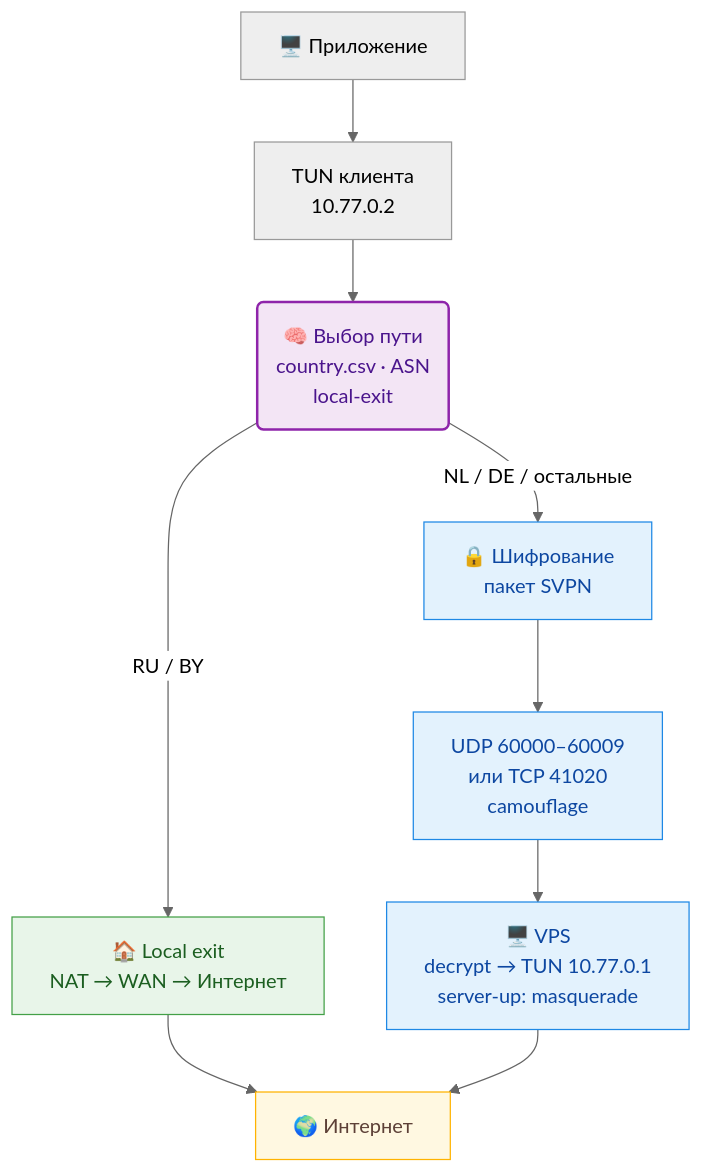
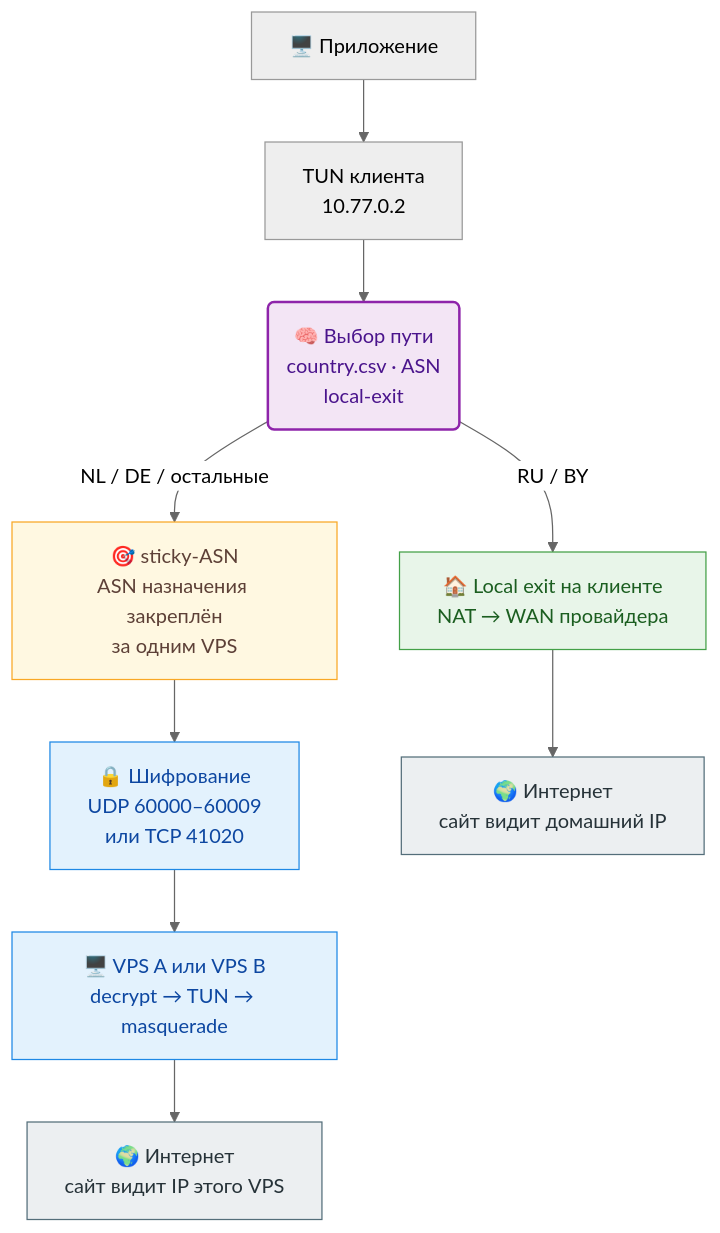
The diagram in README.md (vadv/svpn), drawn with Mermaid (neutral theme) before and after one commit. The commit also changed other lines of this file and 1 other file, not shown here.

````diff
--- a/README.md
+++ b/README.md
@@ -23,19 +214,21 @@
 ```mermaid
 flowchart TD
     app["🖥️ Приложение"] --> tun["TUN клиента<br/>10.77.0.2"]
     tun --> brain("🧠 Выбор пути<br/>country.csv · ASN<br/>local-exit")
-    brain -->|"RU / BY"| local["🏠 Local exit<br/>NAT → WAN → Интернет"]
-    brain -->|"NL / DE / остальные"| enc["🔒 Шифрование<br/>пакет SVPN"]
-    enc --> udp["UDP 60000–60009<br/>или TCP 41020<br/>camouflage"]
-    udp --> vps["🖥️ VPS<br/>decrypt → TUN 10.77.0.1<br/>server-up: masquerade"]
-    local --> net["🌍 Интернет"]
-    vps --> net
+    brain -->|"RU / BY"| local["🏠 Local exit на клиенте<br/>NAT → WAN провайдера"]
+    brain -->|"NL / DE / остальные"| asn["🎯 sticky-ASN<br/>ASN назначения закреплён<br/>за одним VPS"]
+    asn --> enc["🔒 Шифрование<br/>UDP 60000–60009<br/>или TCP 41020"]
+    enc --> vps["🖥️ VPS A или VPS B<br/>decrypt → TUN → masquerade"]
+    local --> home["🌍 Интернет<br/>сайт видит домашний IP"]
+    vps --> via["🌍 Интернет<br/>сайт видит IP этого VPS"]
     classDef brain fill:#f3e5f5,stroke:#8e24aa,stroke-width:2px,color:#4a148c
     classDef local fill:#e8f5e9,stroke:#43a047,color:#1b5e20
+    classDef asn fill:#fff8e1,stroke:#f9a825,color:#5d4037
     classDef vpn fill:#e3f2fd,stroke:#1e88e5,color:#0d47a1
-    classDef edge fill:#fff8e1,stroke:#ffb300,color:#5d4037
+    classDef edge fill:#eceff1,stroke:#546e7a,color:#263238
     class brain brain
     class local local
-    class enc,udp,vps vpn
-    class net edge
+    class asn asn
+    class enc,vps vpn
+    class home,via edge
 ```
````
